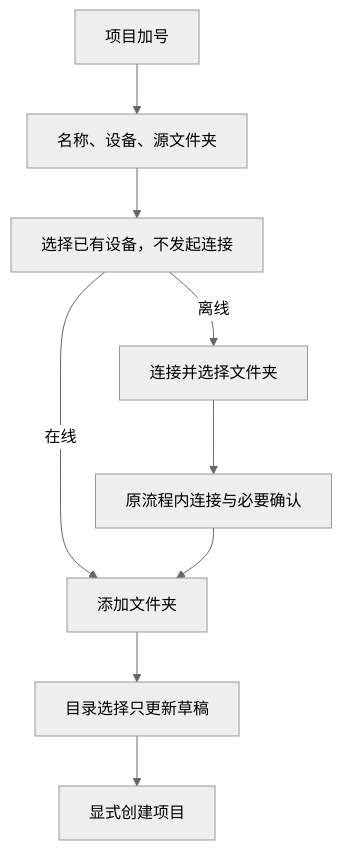
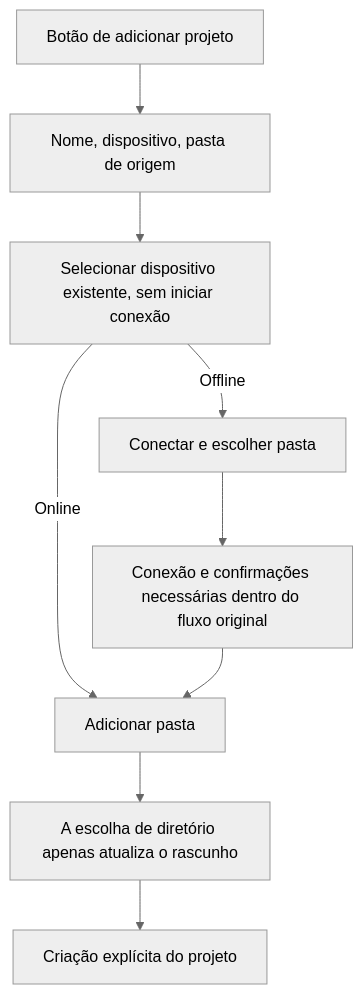
Before and after one commit to JoaoNetoDev/BR-Code: the diagram in docs/issues/remote-connection-ux/18-direct-project-creation-and-device-selection.md, drawn with Mermaid (neutral theme). The commit also changed other lines of this file and 177 other files, not shown here.

````diff
--- a/docs/issues/remote-connection-ux/18-direct-project-creation-and-device-selection.md
+++ b/docs/issues/remote-connection-ux/18-direct-project-creation-and-device-selection.md
@@ -13,11 +13,11 @@
 ```mermaid
 flowchart TD
-    A[项目加号] --> B[名称、设备、源文件夹]
-    B --> C[选择已有设备，不发起连接]
-    C -- 在线 --> D[添加文件夹]
-    C -- 离线 --> E[连接并选择文件夹]
-    E --> F[原流程内连接与必要确认]
+    A[Botão de adicionar projeto] --> B[Nome, dispositivo, pasta de origem]
+    B --> C[Selecionar dispositivo existente, sem iniciar conexão]
+    C -- Online --> D[Adicionar pasta]
+    C -- Offline --> E[Conectar e escolher pasta]
+    E --> F[Conexão e confirmações necessárias dentro do fluxo original]
     F --> D
-    D --> G[目录选择只更新草稿]
-    G --> H[显式创建项目]
+    D --> G[A escolha de diretório apenas atualiza o rascunho]
+    G --> H[Criação explícita do projeto]
 ```
````
